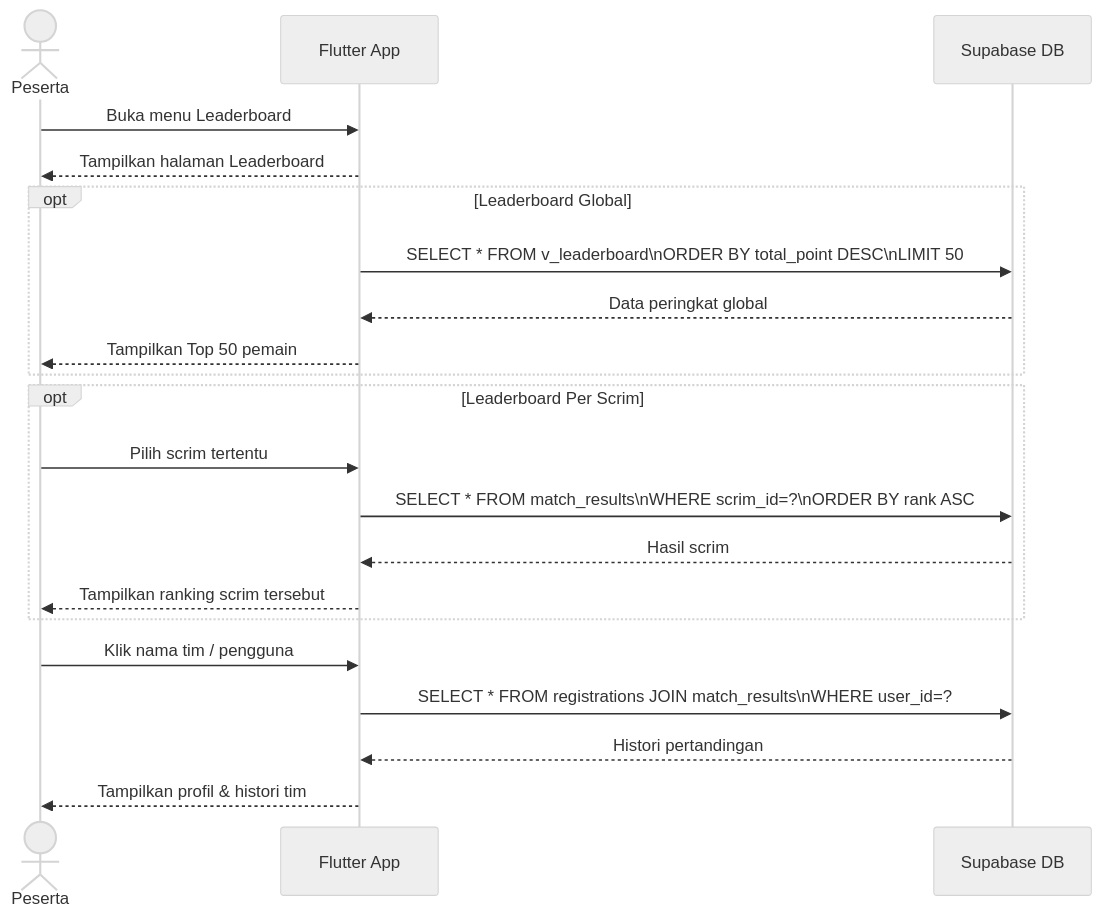
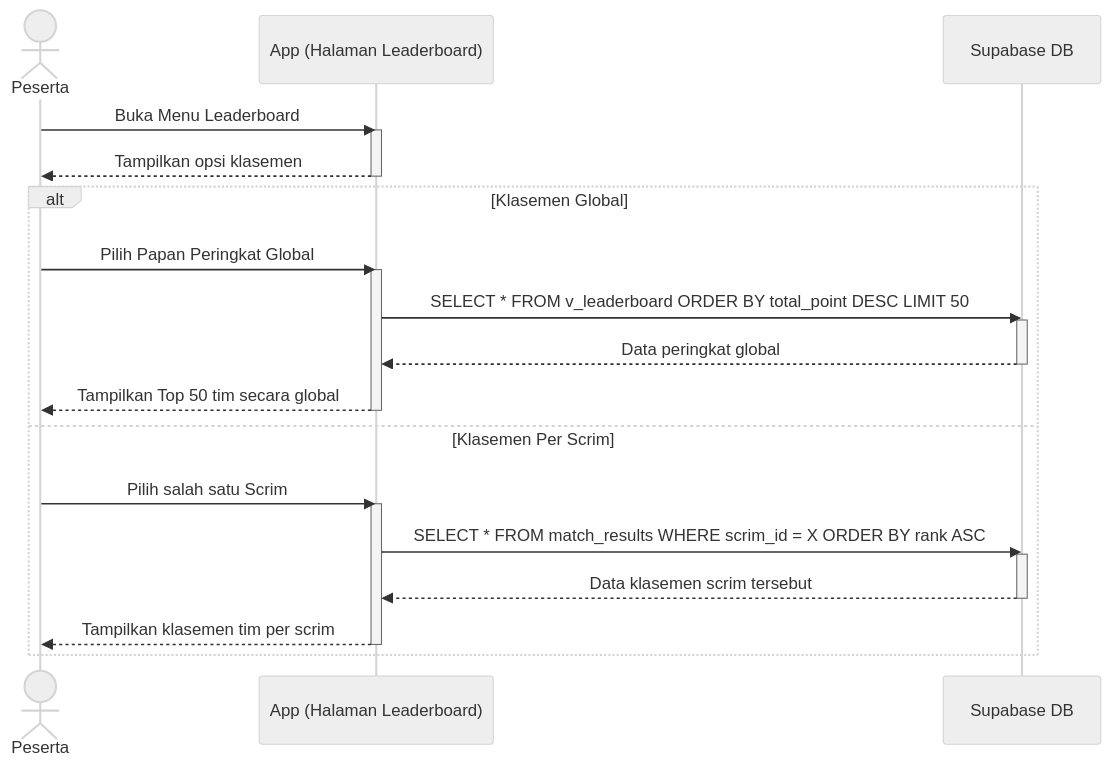
Diagram 33 of 47 in DOKUMENTASI.md (yosima050/booyahhub), drawn with Mermaid (neutral theme) before and after one commit. The commit also changed other lines of this file, not shown here.

Commit message:
docs: update user flow documentation with expanded process steps and refined sequence diagrams

````diff
--- a/DOKUMENTASI.md
+++ b/DOKUMENTASI.md
@@ -1101,27 +1231,31 @@
 ```mermaid
 sequenceDiagram
     actor Peserta
-    participant App as Flutter App
+    participant App as App (Halaman Leaderboard)
     participant DB as Supabase DB
 
-    Peserta->>App: Buka menu Leaderboard
-    App-->>Peserta: Tampilkan halaman Leaderboard
+    Peserta->>App: Buka Menu Leaderboard
+    activate App
+    App-->>Peserta: Tampilkan opsi klasemen
+    deactivate App
 
-    opt Leaderboard Global
-        App->>DB: SELECT * FROM v_leaderboard\nORDER BY total_point DESC\nLIMIT 50
+    alt Klasemen Global
+        Peserta->>App: Pilih Papan Peringkat Global
+        activate App
+        App->>DB: SELECT * FROM v_leaderboard ORDER BY total_point DESC LIMIT 50
+        activate DB
         DB-->>App: Data peringkat global
-        App-->>Peserta: Tampilkan Top 50 pemain
+        deactivate DB
+        App-->>Peserta: Tampilkan Top 50 tim secara global
+        deactivate App
+    else Klasemen Per Scrim
+        Peserta->>App: Pilih salah satu Scrim
+        activate App
+        App->>DB: SELECT * FROM match_results WHERE scrim_id = X ORDER BY rank ASC
+        activate DB
+        DB-->>App: Data klasemen scrim tersebut
+        deactivate DB
+        App-->>Peserta: Tampilkan klasemen tim per scrim
+        deactivate App
     end
-
-    opt Leaderboard Per Scrim
-        Peserta->>App: Pilih scrim tertentu
-        App->>DB: SELECT * FROM match_results\nWHERE scrim_id=?\nORDER BY rank ASC
-        DB-->>App: Hasil scrim
-        App-->>Peserta: Tampilkan ranking scrim tersebut
-    end
-
-    Peserta->>App: Klik nama tim / pengguna
-    App->>DB: SELECT * FROM registrations JOIN match_results\nWHERE user_id=?
-    DB-->>App: Histori pertandingan
-    App-->>Peserta: Tampilkan profil & histori tim
 ```
````
